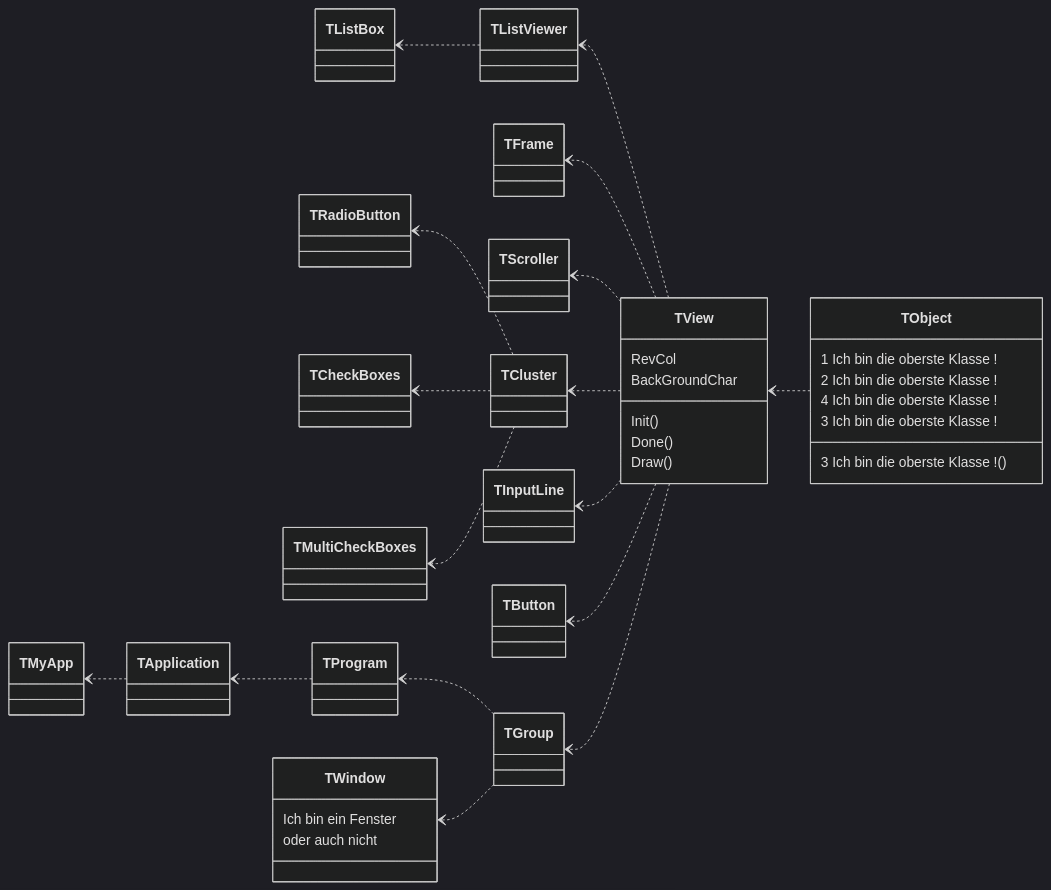
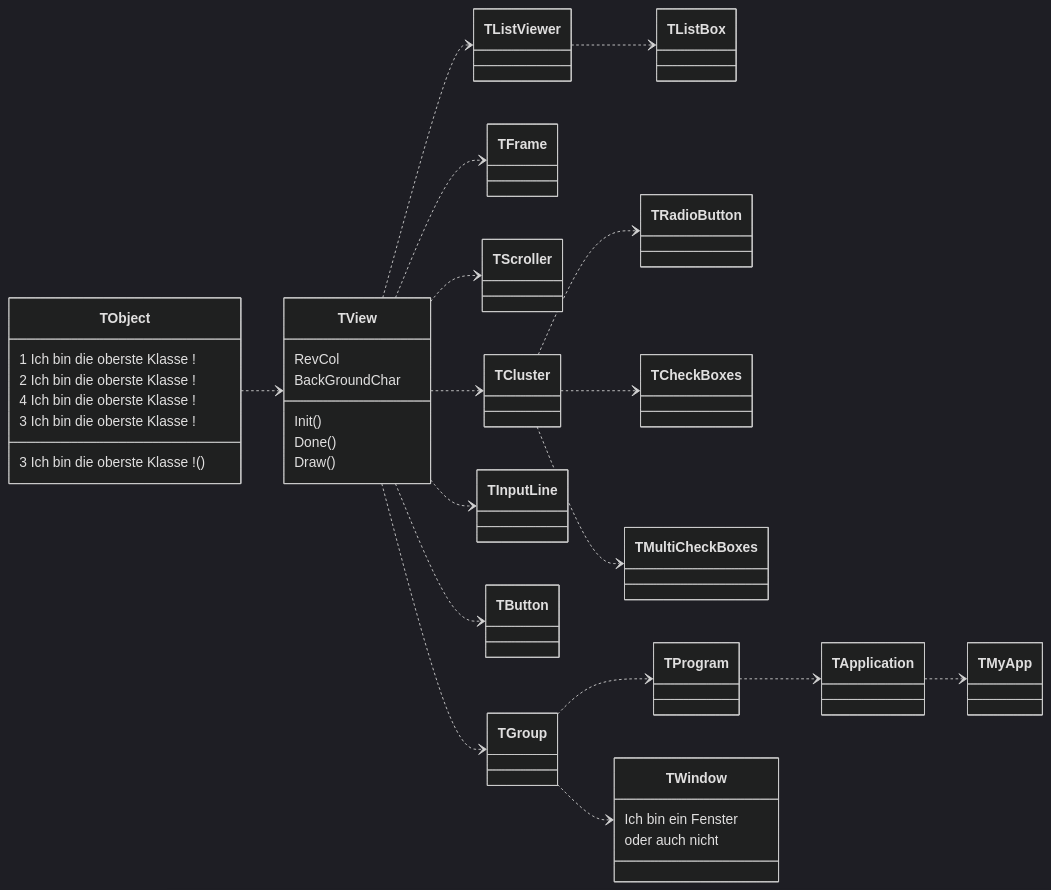
One commit to sechshelme/Lazarus-FreeVision-Tutorial changed the first of 2 diagrams in 99_Test/GIT_Chart_Test/readme.md. Above: the diagram before and after it, drawn with Mermaid (dark theme).

````diff
--- a/99_Test/GIT_Chart_Test/readme.md
+++ b/99_Test/GIT_Chart_Test/readme.md
@@ -3,35 +3,35 @@
 ```mermaid
 classDiagram
-direction RL
+direction LR
 
 TObject ..> TView
 TObject : 1 Ich bin die oberste Klasse !
 TObject : 2 Ich bin die oberste Klasse !
 TObject: 3 Ich bin die oberste Klasse !()
 TObject : 4 Ich bin die oberste Klasse !
 TObject: 3 Ich bin die oberste Klasse !
 TView: RevCol
 TView: BackGroundChar
 TView: Init()
 TView: Done()
 TView: Draw()
 TView ..> TGroup
 TView ..> TFrame
 TView ..> TScroller
 TView ..> TListViewer
 TListViewer ..> TListBox
 TView ..> TInputLine
 TView ..> TButton
 TView ..> TCluster
 TCluster ..> TRadioButton
 TCluster ..> TCheckBoxes
 TCluster ..> TMultiCheckBoxes
 TGroup ..> TProgram
 TGroup ..> TWindow
 TProgram ..> TApplication 
 TApplication ..> TMyApp
 class TWindow {
   Ich bin ein Fenster
   oder auch nicht
 }
 ```
````
